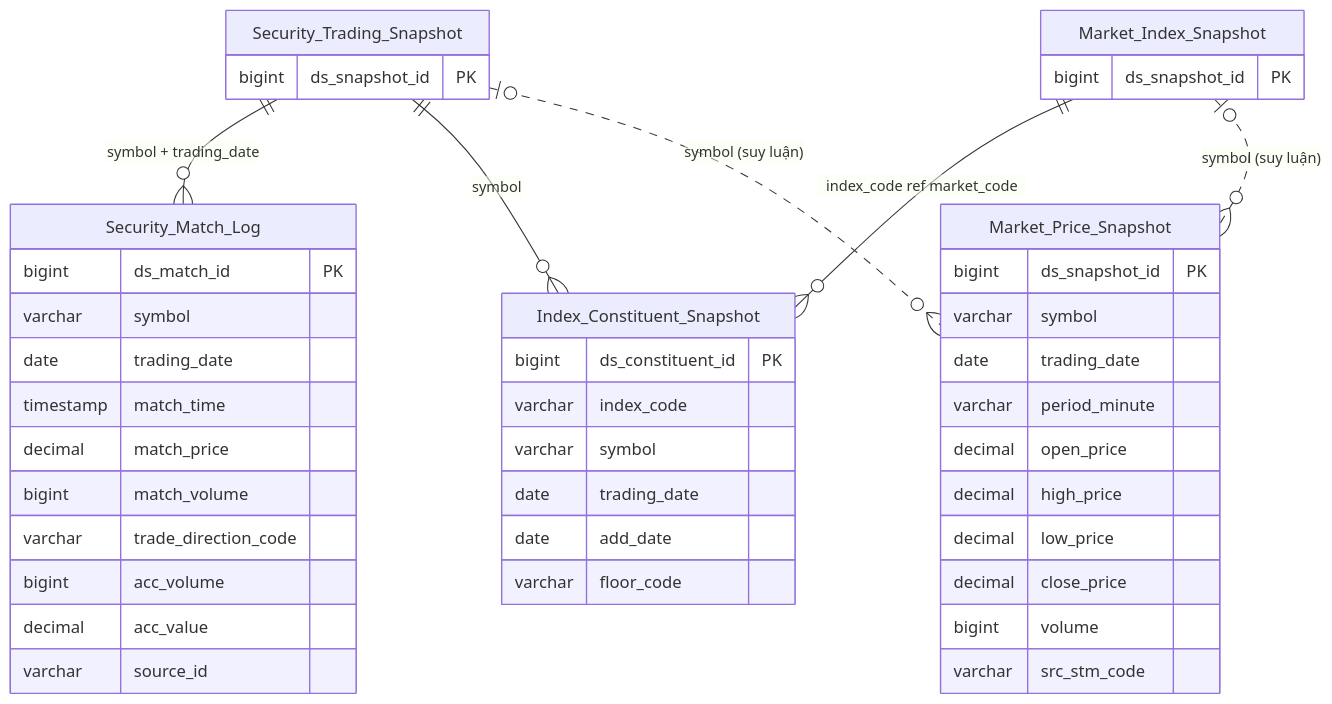
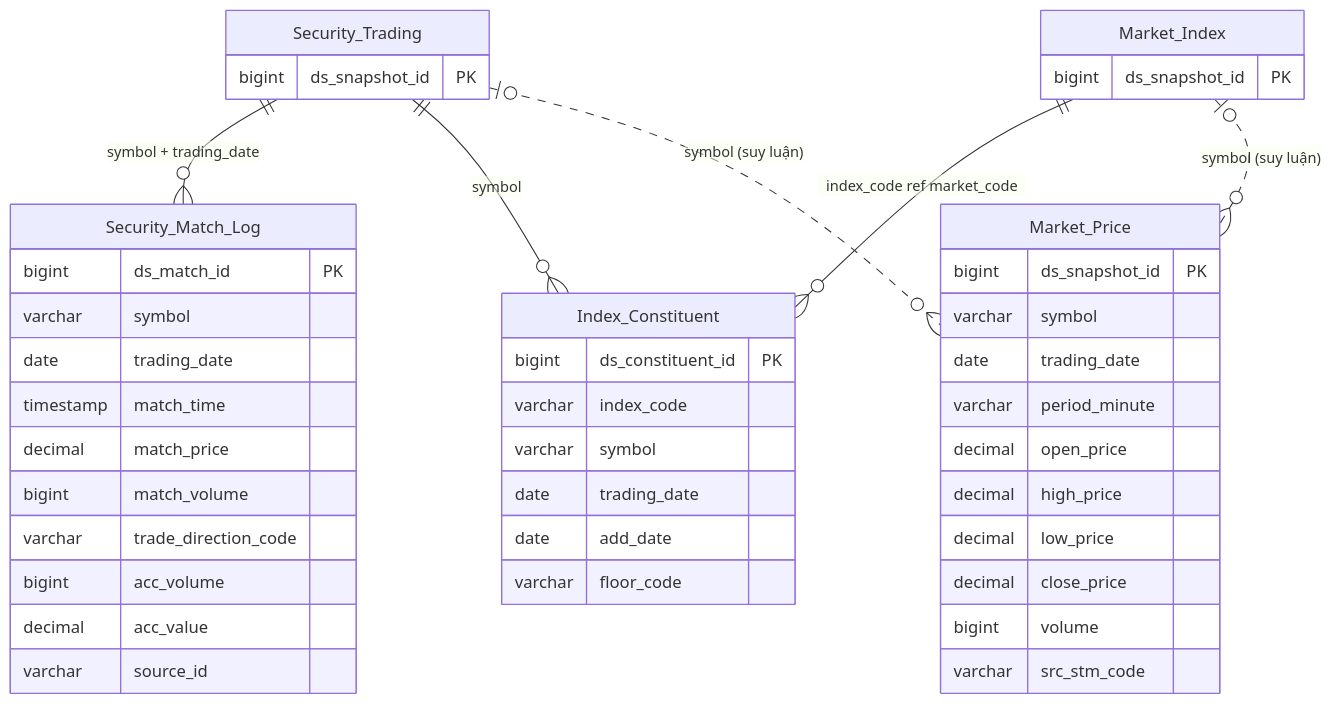
The second of 2 diagrams in DataModel/working/Atomic/hld/MDDS_HLD_Tier2.md (linhlvit/ubck_atomic_design), drawn with Mermaid before and after one commit. The commit also changed other lines of this file and 16 other files, not shown here.

````diff
--- a/DataModel/working/Atomic/hld/MDDS_HLD_Tier2.md
+++ b/DataModel/working/Atomic/hld/MDDS_HLD_Tier2.md
@@ -89,51 +89,51 @@
 ```mermaid
 erDiagram
-    Security_Trading_Snapshot {
+    Security_Trading {
         bigint ds_snapshot_id PK
     }
 
-    Market_Index_Snapshot {
+    Market_Index {
         bigint ds_snapshot_id PK
     }
 
     Security_Match_Log {
         bigint ds_match_id PK
         varchar symbol
         date trading_date
         timestamp match_time
         decimal match_price
         bigint match_volume
         varchar trade_direction_code
         bigint acc_volume
         decimal acc_value
         varchar source_id
     }
 
-    Index_Constituent_Snapshot {
+    Index_Constituent {
         bigint ds_constituent_id PK
         varchar index_code
         varchar symbol
         date trading_date
         date add_date
         varchar floor_code
     }
 
-    Market_Price_Snapshot {
+    Market_Price {
         bigint ds_snapshot_id PK
         varchar symbol
         date trading_date
         varchar period_minute
         decimal open_price
         decimal high_price
         decimal low_price
         decimal close_price
         bigint volume
         varchar src_stm_code
     }
 
-    Security_Trading_Snapshot ||--o{ Security_Match_Log : "symbol + trading_date"
-    Market_Index_Snapshot ||--o{ Index_Constituent_Snapshot : "index_code ref market_code"
-    Security_Trading_Snapshot ||--o{ Index_Constituent_Snapshot : "symbol"
-    Security_Trading_Snapshot |o..o{ Market_Price_Snapshot : "symbol (suy luận)"
-    Market_Index_Snapshot |o..o{ Market_Price_Snapshot : "symbol (suy luận)"
+    Security_Trading ||--o{ Security_Match_Log : "symbol + trading_date"
+    Market_Index ||--o{ Index_Constituent : "index_code ref market_code"
+    Security_Trading ||--o{ Index_Constituent : "symbol"
+    Security_Trading |o..o{ Market_Price : "symbol (suy luận)"
+    Market_Index |o..o{ Market_Price : "symbol (suy luận)"
 ```
````
